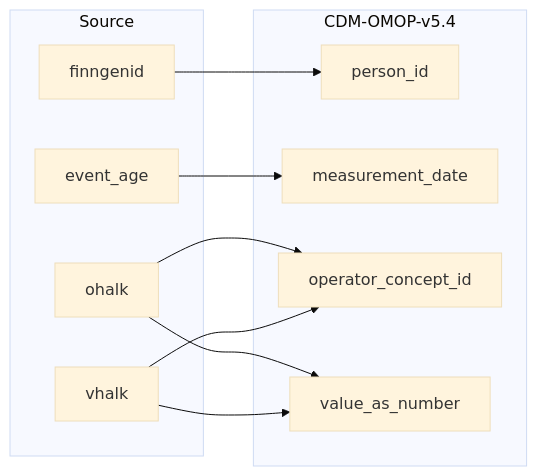
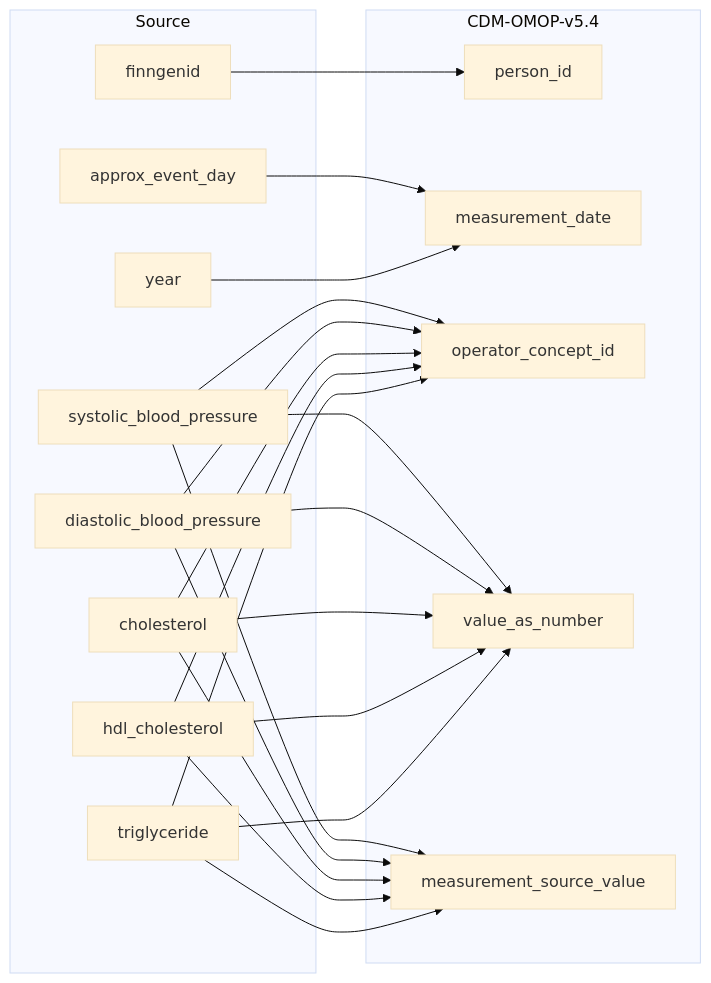
Before and after one commit to FINNGEN/ETL: the diagram in 2_etl_specifications/documentation/kidney_to_measurement.md, drawn with Mermaid. The commit also changed other lines of this file and 6 other files, not shown here.

````diff
--- a/2_etl_specifications/documentation/kidney_to_measurement.md
+++ b/2_etl_specifications/documentation/kidney_to_measurement.md
@@ -10,27 +10,44 @@
 ```mermaid
 %%{init: {'theme': 'base' } }%%
 %%{init: {'theme': 'base' } }%%
 flowchart LR
     subgraph Source
         finngenid
-        event_age
-        ohalk
-        vhalk
+        approx_event_day
+        year
+        systolic_blood_pressure
+        diastolic_blood_pressure
+        cholesterol
+        hdl_cholesterol
+        triglyceride 
     end
 
     subgraph CDM-OMOP-v5.4
         person_id
         measurement_date
         operator_concept_id
         value_as_number
+        measurement_source_value
     end
 
 
     finngenid-->person_id
-    event_age-->measurement_date
-    ohalk-->operator_concept_id
-    ohalk-->value_as_number
-    vhalk-->operator_concept_id
-    vhalk-->value_as_number
+    approx_event_day-->measurement_date
+    year-->measurement_date
+    systolic_blood_pressure-->operator_concept_id
+    systolic_blood_pressure-->value_as_number
+    systolic_blood_pressure-->measurement_source_value
+    diastolic_blood_pressure-->operator_concept_id
+    diastolic_blood_pressure-->value_as_number
+    diastolic_blood_pressure-->measurement_source_value
+    cholesterol-->operator_concept_id
+    cholesterol-->value_as_number
+    cholesterol-->measurement_source_value
+    hdl_cholesterol-->operator_concept_id
+    hdl_cholesterol-->value_as_number
+    hdl_cholesterol-->measurement_source_value
+    triglyceride-->operator_concept_id
+    triglyceride-->value_as_number
+    triglyceride-->measurement_source_value
 
 ```
````
